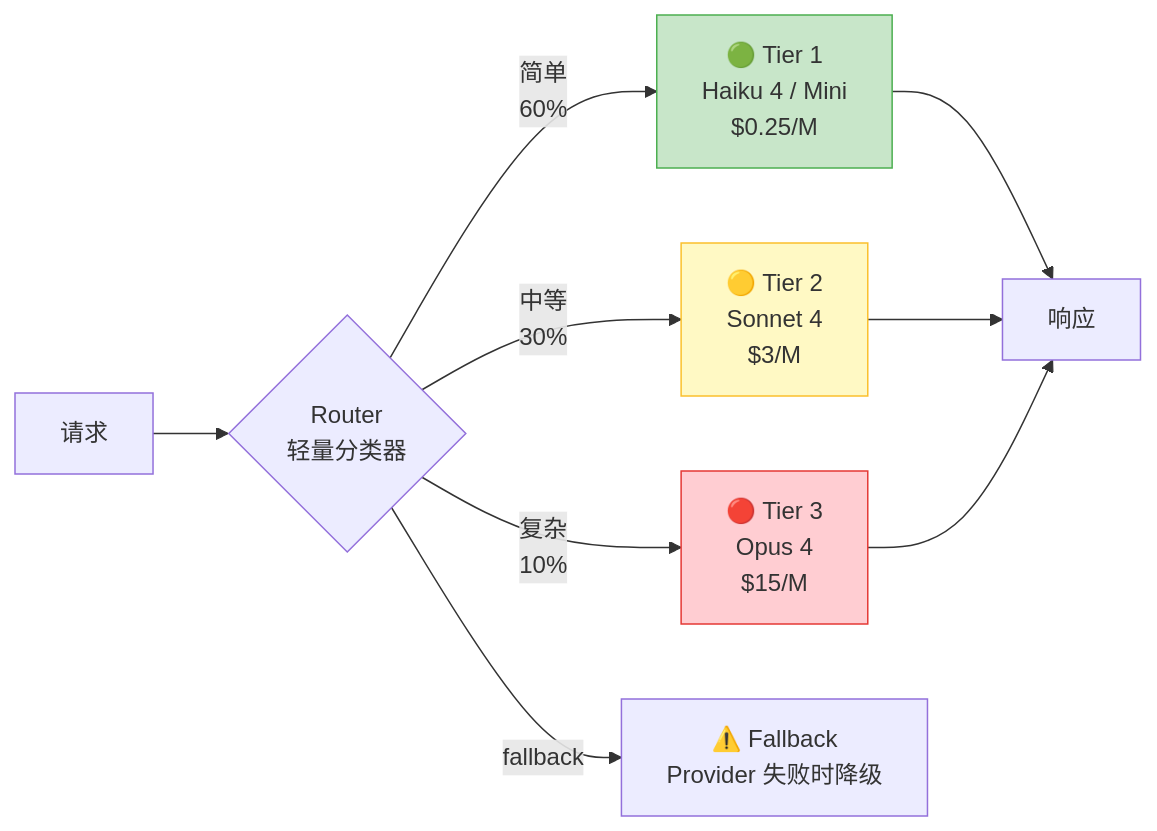
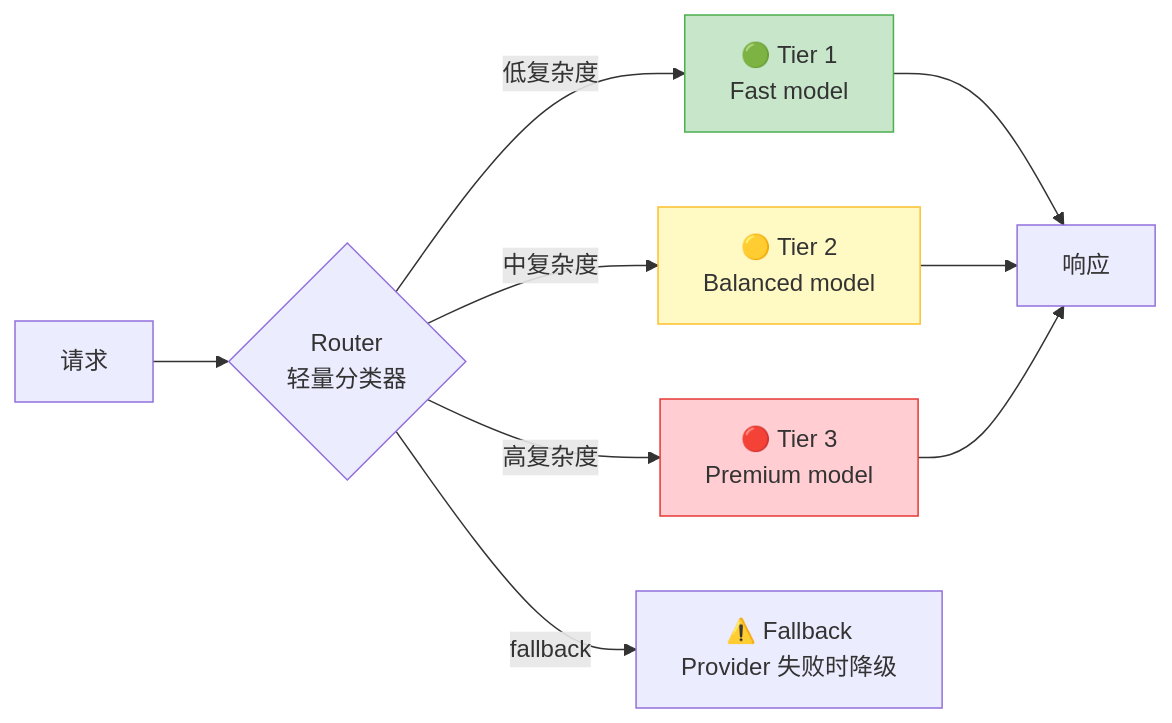
Before and after one commit to BeefWrap4/LLM-Knowledge-Base: diagram 11 of 11 in 20_LLMOps与模型可观测性.md, drawn with Mermaid. The commit also changed other lines of this file and 454 other files, not shown here.

````diff
--- a/20_LLMOps与模型可观测性.md
+++ b/20_LLMOps与模型可观测性.md
@@ -3533,16 +3306,16 @@
 ```mermaid
 graph LR
     REQ["请求"] --> R{"Router<br/>轻量分类器"}
-    R -->|简单<br/>60%| M1["🟢 Tier 1<br/>Haiku 4 / Mini<br/>$0.25/M"]
-    R -->|中等<br/>30%| M2["🟡 Tier 2<br/>Sonnet 4<br/>$3/M"]
-    R -->|复杂<br/>10%| M3["🔴 Tier 3<br/>Opus 4<br/>$15/M"]
+    R -->|低复杂度| M1["🟢 Tier 1<br/>Fast model"]
+    R -->|中复杂度| M2["🟡 Tier 2<br/>Balanced model"]
+    R -->|高复杂度| M3["🔴 Tier 3<br/>Premium model"]
     M1 --> RESP["响应"]
     M2 --> RESP
     M3 --> RESP
     
     R -->|fallback| FB["⚠️ Fallback<br/>Provider 失败时降级"]
     
     style M1 fill:#c8e6c9,stroke:#4caf50
     style M2 fill:#fff9c4,stroke:#fbc02d
     style M3 fill:#ffcdd2,stroke:#e53935
 ```
````
